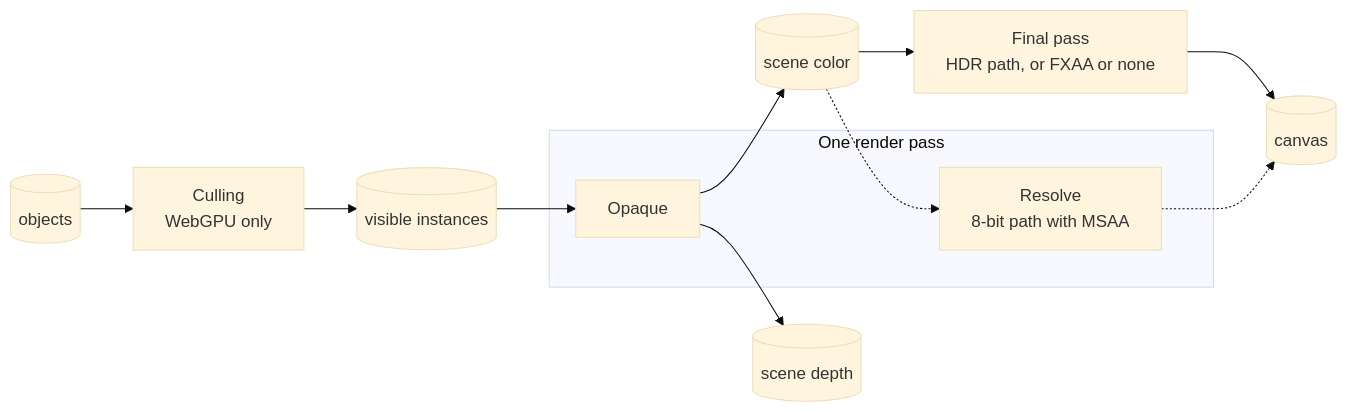
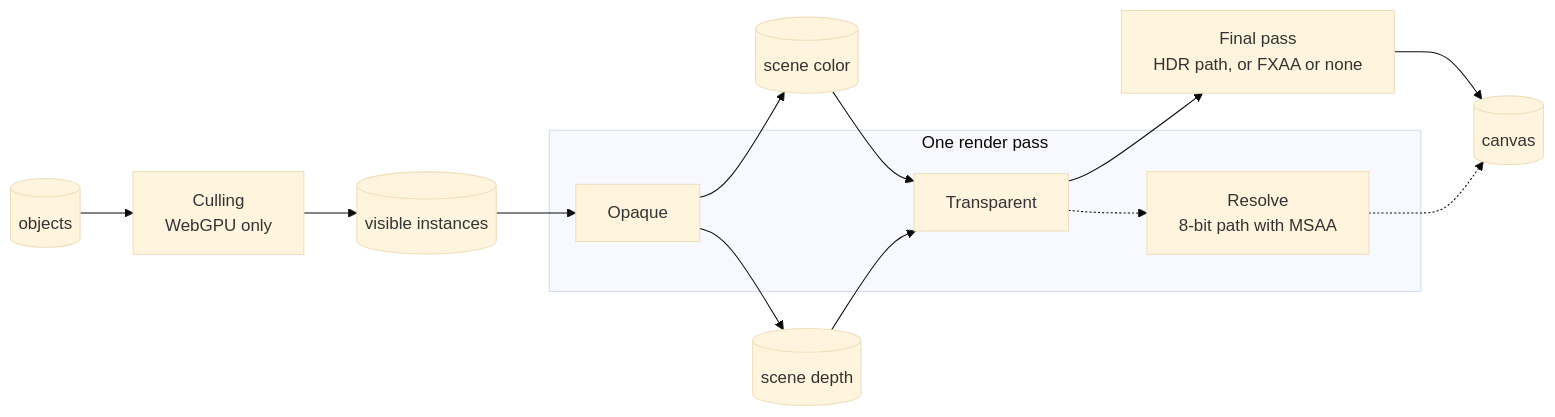
Before and after one commit to null3d-engine/null3d: the first of 2 diagrams in docs/concepts/render-graph.md, drawn with Mermaid (base theme). The commit also changed other lines of this file and 94 other files, not shown here.

First line of the commit message:
feat(engine): blend materials, and draw them back to front in a transparent pass (#157)

````diff
--- a/docs/concepts/render-graph.md
+++ b/docs/concepts/render-graph.md
@@ -13,13 +13,16 @@
 ```mermaid
 flowchart LR
     objects[("objects")] --> culling["Culling<br/>WebGPU only"] --> visible[("visible instances")]
     visible --> opaque
     subgraph scene["One render pass"]
         opaque["Opaque"]
+        transparent["Transparent"]
         resolve["Resolve<br/>8-bit path with MSAA"]
     end
     opaque --> color[("scene color")]
     opaque --> depth[("scene depth")]
-    color --> final["Final pass<br/>HDR path, or FXAA or none"] --> canvas[("canvas")]
-    color -.-> resolve -.-> canvas
+    color --> transparent
+    depth --> transparent
+    transparent --> final["Final pass<br/>HDR path, or FXAA or none"] --> canvas[("canvas")]
+    transparent -.-> resolve -.-> canvas
 ```
````
